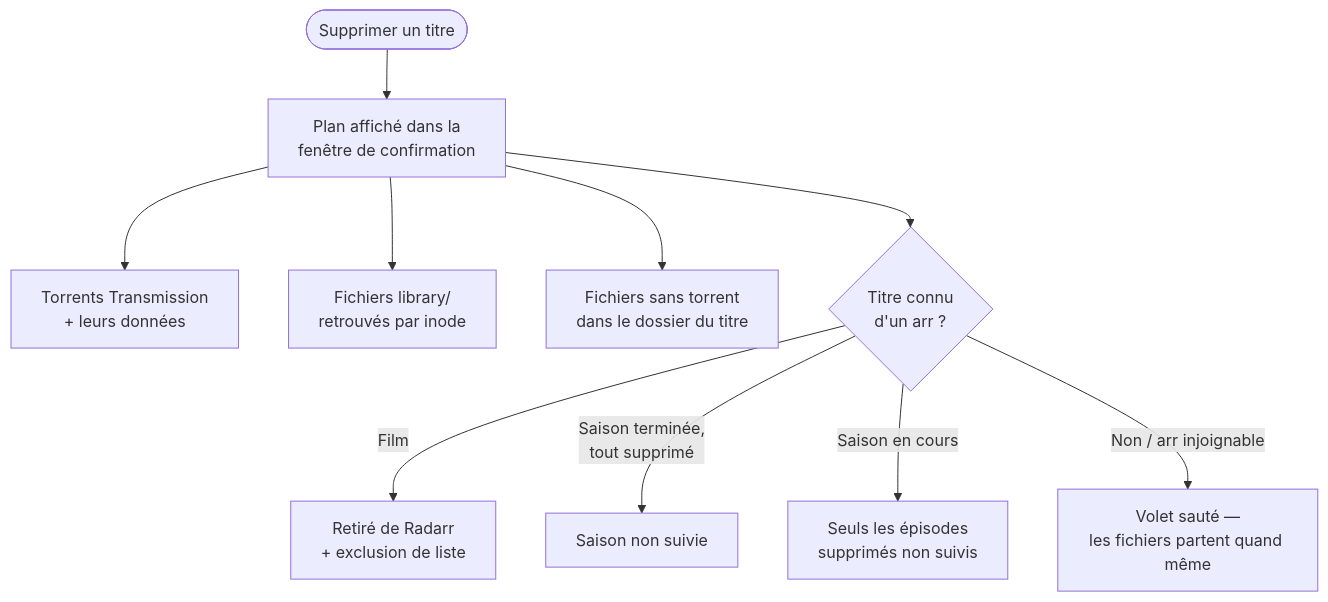
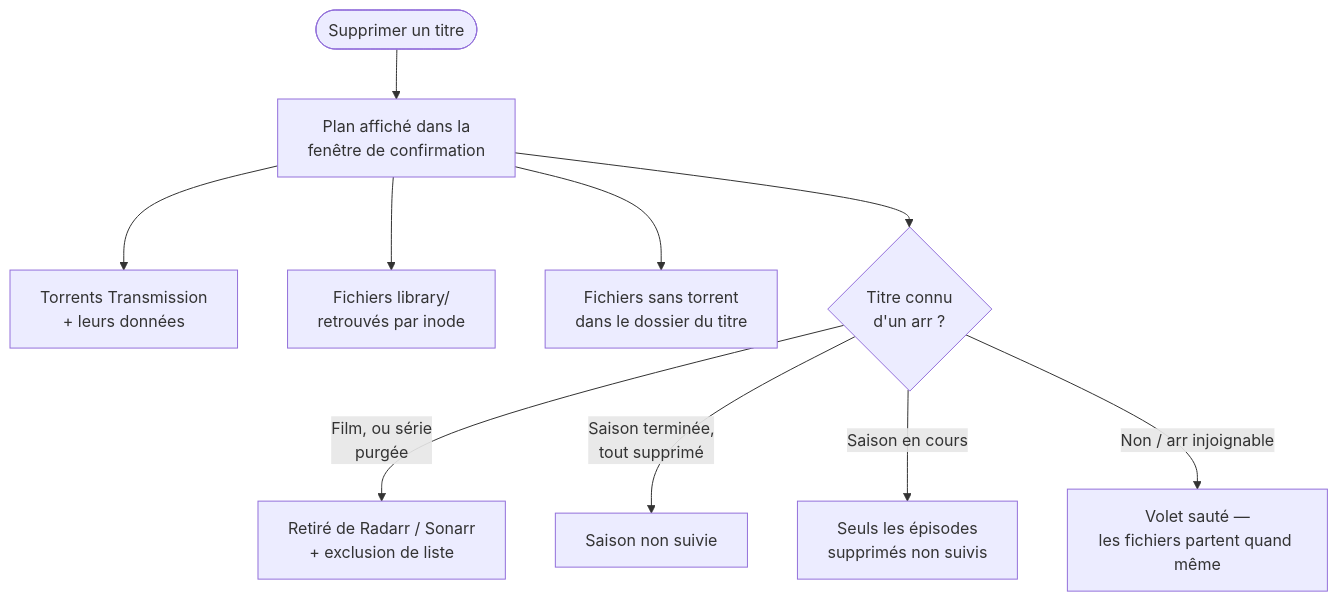
Before and after one commit to nattyebola/home-server-services: the diagram in docs/clearr.md, drawn with Mermaid. The commit also changed 1 other file, not shown here.

Commit message:
docs(clearr): la purge d'une série dans le graphe de suppression

````diff
--- a/docs/clearr.md
+++ b/docs/clearr.md
@@ -23,12 +23,12 @@
 ```mermaid
 flowchart TD
     Start(["Supprimer un titre"]) --> Plan["Plan affiché dans la<br>fenêtre de confirmation"]
     Plan --> T["Torrents Transmission<br>+ leurs données"]
     Plan --> L["Fichiers library/<br>retrouvés par inode"]
     Plan --> O["Fichiers sans torrent<br>dans le dossier du titre"]
     Plan --> A{"Titre connu<br>d'un arr ?"}
-    A -->|"Film"| R["Retiré de Radarr<br>+ exclusion de liste"]
+    A -->|"Film, ou série<br>purgée"| R["Retiré de Radarr / Sonarr<br>+ exclusion de liste"]
     A -->|"Saison terminée,<br>tout supprimé"| S1["Saison non suivie"]
     A -->|"Saison en cours"| S2["Seuls les épisodes<br>supprimés non suivis"]
     A -->|"Non / arr injoignable"| Skip["Volet sauté —<br>les fichiers partent quand même"]
 ```
````
